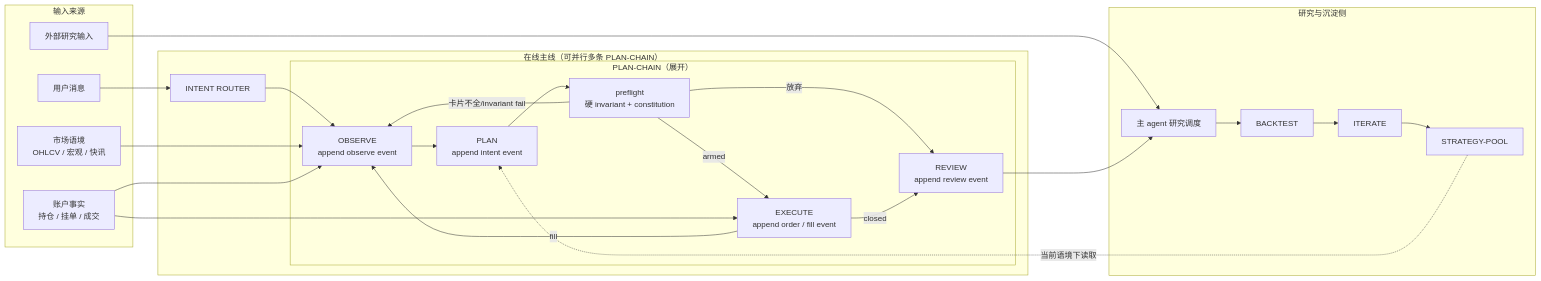
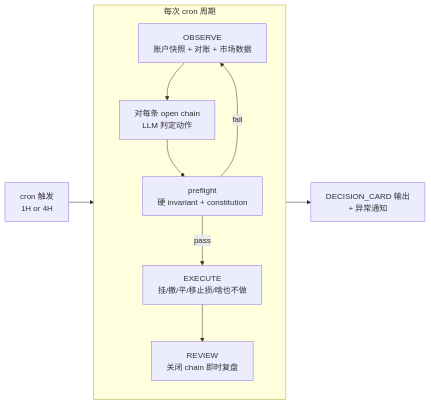
One commit to qOeOp/trade changed the first of 2 diagrams in docs/design-architecture.md. Above: the diagram before and after it, drawn with Mermaid. The commit also changed other lines of this file and 30 other files, not shown here.

````diff
--- a/docs/design-architecture.md
+++ b/docs/design-architecture.md
@@ -33,44 +35,20 @@
 ```mermaid
 flowchart LR
-  subgraph INPUT["输入来源"]
-    U["用户消息"]
-    M["市场语境<br/>OHLCV / 宏观 / 快讯"]
-    A["账户事实<br/>持仓 / 挂单 / 成交"]
-    X["外部研究输入"]
+  CRON["cron 触发<br/>1H or 4H"]
+
+  subgraph CYCLE["每次 cron 周期"]
+    OBS["OBSERVE<br/>账户快照 + 对账 + 市场数据"]
+    LOOP["对每条 open chain<br/>LLM 判定动作"]
+    PRE["preflight<br/>硬 invariant + constitution"]
+    EXE["EXECUTE<br/>挂/撤/平/移止损/啥也不做"]
+    REV["REVIEW<br/>关闭 chain 即时复盘"]
+
+    OBS --> LOOP --> PRE
+    PRE -->|fail| OBS
+    PRE -->|pass| EXE
+    EXE --> REV
   end
 
-  subgraph ONLINE["在线主线（可并行多条 PLAN-CHAIN）"]
-    R["INTENT ROUTER"]
-
-    subgraph PC1["PLAN-CHAIN（展开）"]
-      O1["OBSERVE<br/>append observe event"]
-      P1["PLAN<br/>append intent event"]
-      G1["preflight<br/>硬 invariant + constitution"]
-      E1["EXECUTE<br/>append order / fill event"]
-      V1["REVIEW<br/>append review event"]
-
-      O1 --> P1 --> G1
-      G1 -->|卡片不全/invariant fail| O1
-      G1 -->|armed| E1
-      E1 -->|fill| O1
-      G1 -->|放弃| V1
-      E1 -->|closed| V1
-    end
-  end
-
-  subgraph RESEARCH["研究与沉淀侧"]
-    D1["主 agent 研究调度"]
-    B1["BACKTEST"]
-    I1["ITERATE"]
-    SP["STRATEGY-POOL"]
-    D1 --> B1 --> I1 --> SP
-  end
-
-  U --> R --> O1
-  M --> O1
-  A --> O1
-  A --> E1
-  X --> D1
-  V1 --> D1
-  SP -.当前语境下读取.-> P1
+  CRON --> CYCLE
+  CYCLE --> NOTIFY["DECISION_CARD 输出<br/>+ 异常通知"]
 ```
````
